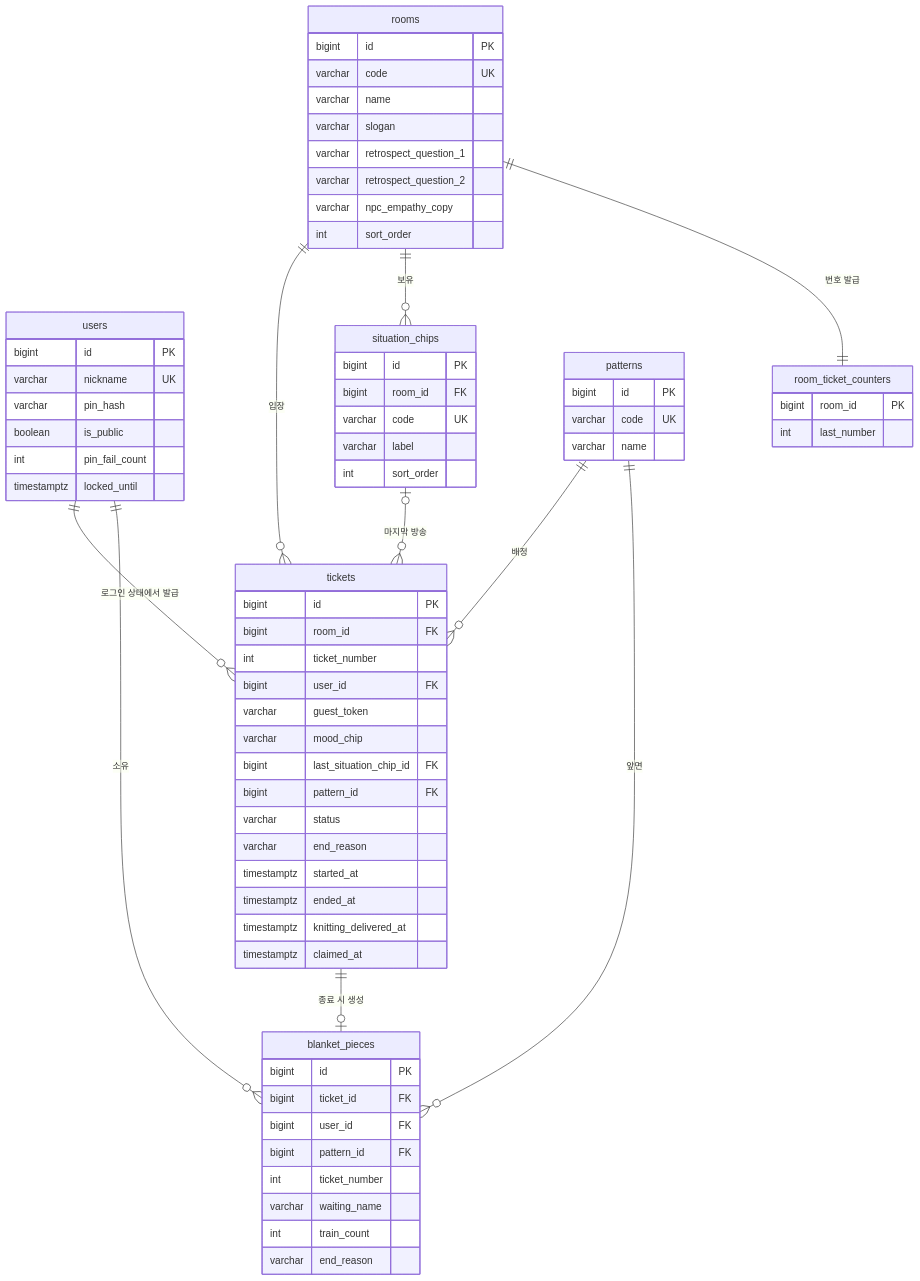
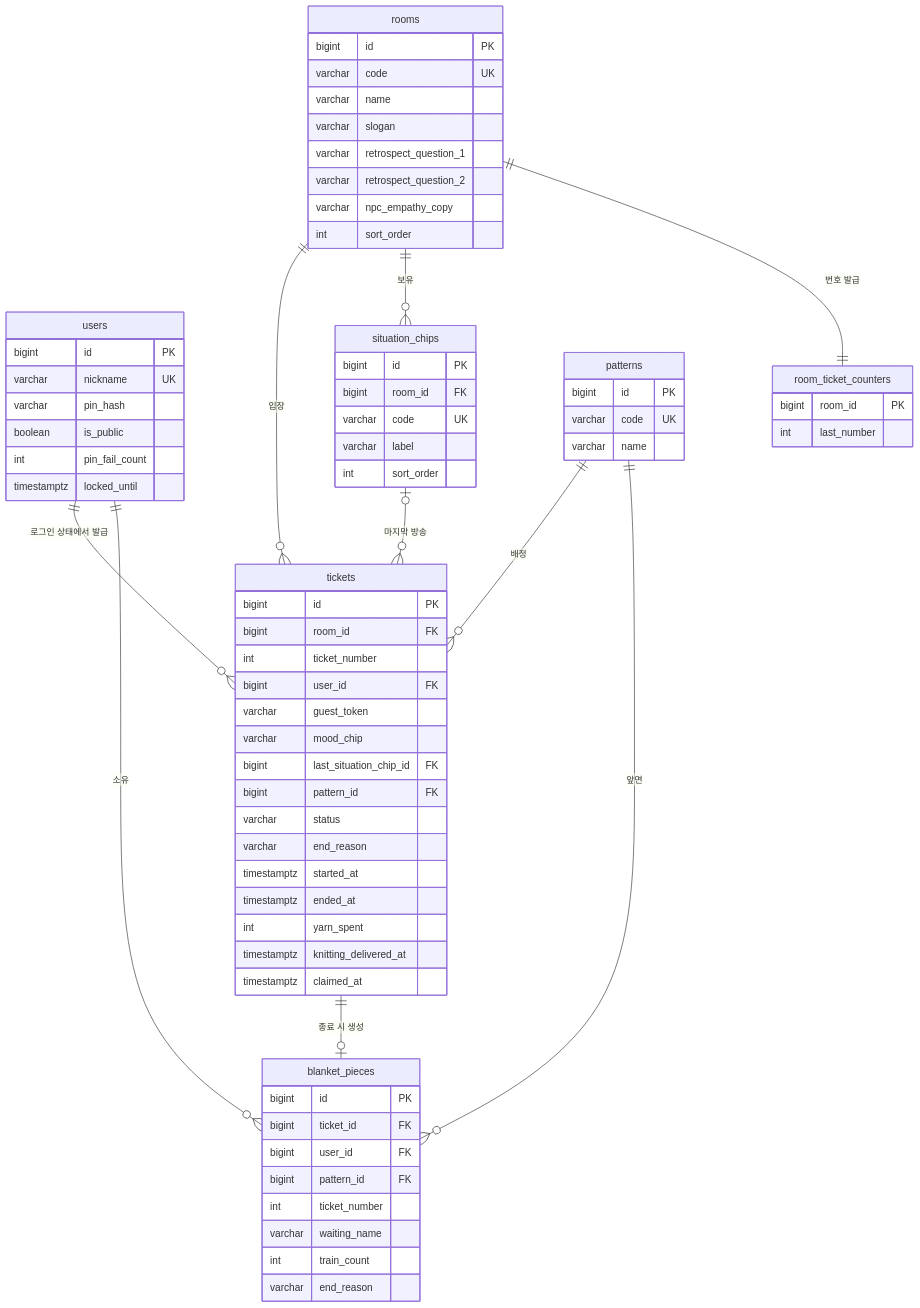
The diagram in docs/ERD.md (2026Ganzi-Thon/2026_GANZITHON_TEAM_06_BE), drawn with Mermaid before and after one commit. The commit also changed other lines of this file and 1 other file, not shown here.

````diff
--- a/docs/ERD.md
+++ b/docs/ERD.md
@@ -8,73 +8,74 @@
 ```mermaid
 erDiagram
     users ||--o{ tickets : "로그인 상태에서 발급"
     users ||--o{ blanket_pieces : "소유"
     rooms ||--o{ tickets : "입장"
     rooms ||--o{ situation_chips : "보유"
     rooms ||--|| room_ticket_counters : "번호 발급"
     patterns ||--o{ tickets : "배정"
     patterns ||--o{ blanket_pieces : "앞면"
     situation_chips |o--o{ tickets : "마지막 방송"
     tickets ||--o| blanket_pieces : "종료 시 생성"
 
     users {
         bigint id PK
         varchar nickname UK
         varchar pin_hash
         boolean is_public
         int pin_fail_count
         timestamptz locked_until
     }
     rooms {
         bigint id PK
         varchar code UK
         varchar name
         varchar slogan
         varchar retrospect_question_1
         varchar retrospect_question_2
         varchar npc_empathy_copy
         int sort_order
     }
     room_ticket_counters {
         bigint room_id PK
         int last_number
     }
     situation_chips {
         bigint id PK
         bigint room_id FK
         varchar code UK
         varchar label
         int sort_order
     }
     patterns {
         bigint id PK
         varchar code UK
         varchar name
     }
     tickets {
         bigint id PK
         bigint room_id FK
         int ticket_number
         bigint user_id FK
         varchar guest_token
         varchar mood_chip
         bigint last_situation_chip_id FK
         bigint pattern_id FK
         varchar status
         varchar end_reason
         timestamptz started_at
         timestamptz ended_at
+        int yarn_spent
         timestamptz knitting_delivered_at
         timestamptz claimed_at
     }
     blanket_pieces {
         bigint id PK
         bigint ticket_id FK
         bigint user_id FK
         bigint pattern_id FK
         int ticket_number
         varchar waiting_name
         int train_count
         varchar end_reason
     }
 ```
````
